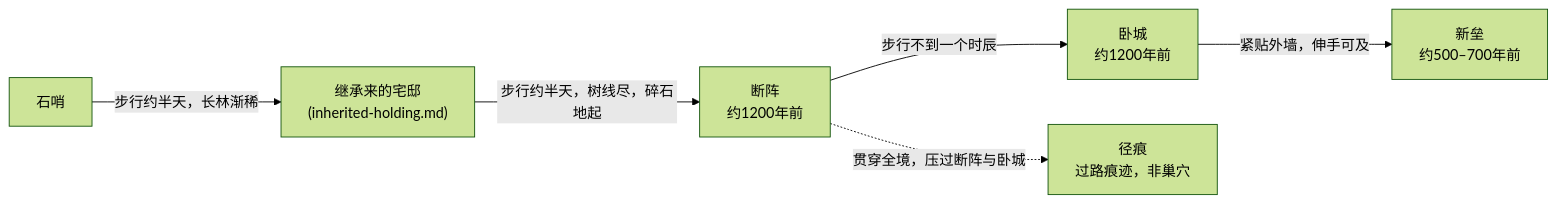
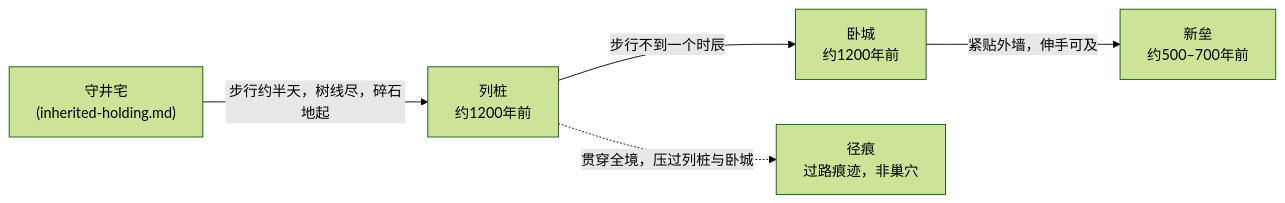
Before and after one commit to Mzihong/coc-keeper-kit: the diagram in campaigns/beyond-the-treeline/world/the-barrens.md, drawn with Mermaid (forest theme). The commit also changed other lines of this file and 17 other files, not shown here.

````diff
--- a/campaigns/beyond-the-treeline/world/the-barrens.md
+++ b/campaigns/beyond-the-treeline/world/the-barrens.md
@@ -14,8 +16,7 @@
 ```mermaid
 graph LR
-  watch["石哨"] -->|"步行约半天，长林渐稀"| holding["继承来的宅邸<br/>(inherited-holding.md)"]
-  holding -->|"步行约半天，树线尽，碎石地起"| array["断阵<br/>约1200年前"]
-  array -->|"步行不到一个时辰"| city["卧城<br/>约1200年前"]
+  holding["守井宅<br/>(inherited-holding.md)"] -->|"步行约半天，树线尽，碎石地起"| poles["列桩<br/>约1200年前"]
+  poles -->|"步行不到一个时辰"| city["卧城<br/>约1200年前"]
   city -->|"紧贴外墙，伸手可及"| newworks["新垒<br/>约500–700年前"]
-  array -.->|"贯穿全境，压过断阵与卧城"| track["径痕<br/>过路痕迹，非巢穴"]
+  poles -.->|"贯穿全境，压过列桩与卧城"| track["径痕<br/>过路痕迹，非巢穴"]
 ```
````
